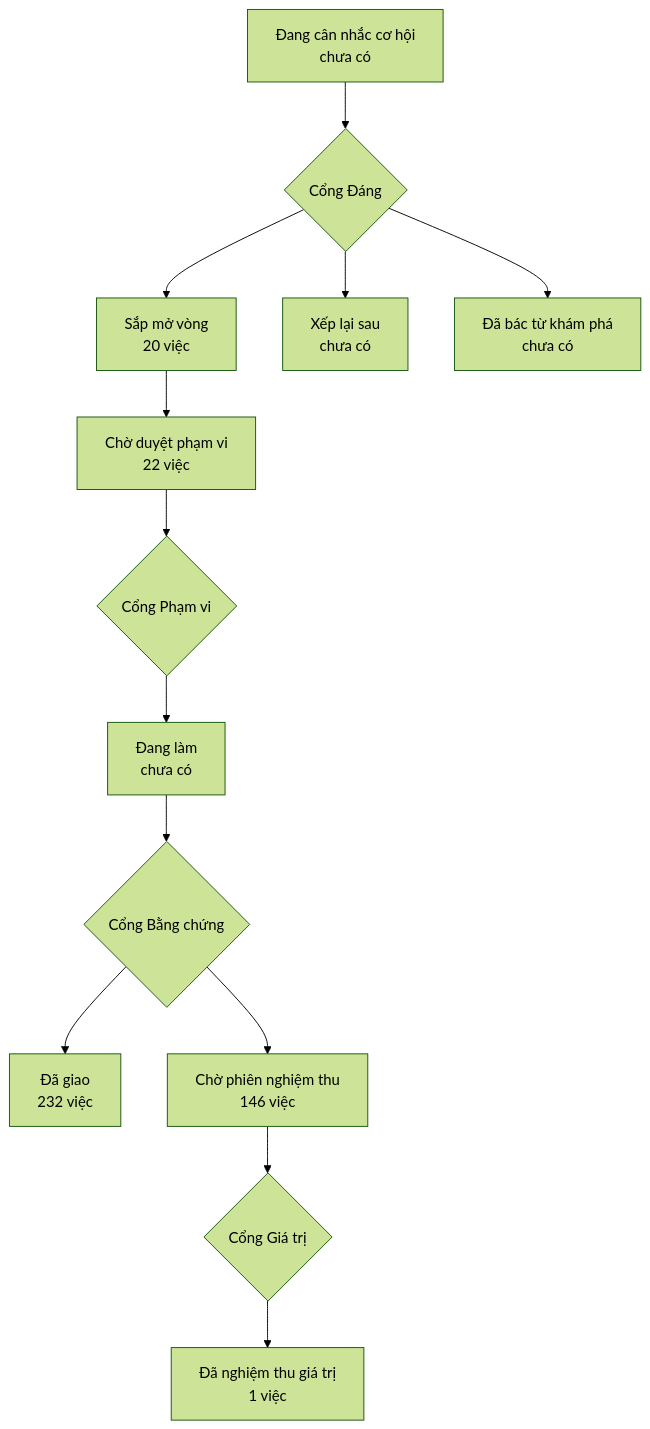
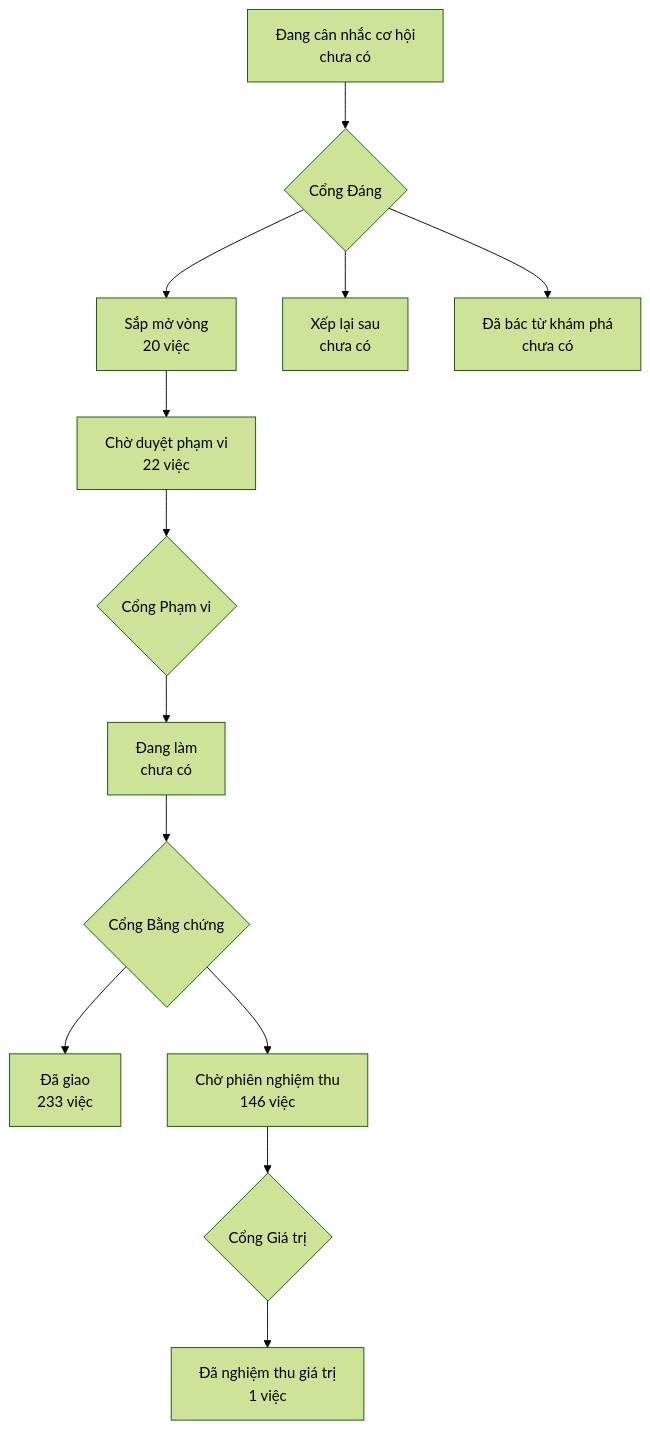
One commit to phanlemanh/onehub-invest changed the diagram in PRODUCT-MAP.md. Above: the diagram before and after it, drawn with Mermaid (forest theme). The commit also changed other lines of this file and 23 other files, not shown here.

````diff
--- a/PRODUCT-MAP.md
+++ b/PRODUCT-MAP.md
@@ -7,12 +7,12 @@
 ```mermaid
 flowchart TD
   A["Đang cân nhắc cơ hội<br/>chưa có"] --> GD{"Cổng Đáng"}
   GD --> B["Sắp mở vòng<br/>20 việc"]
   GD --> XL["Xếp lại sau<br/>chưa có"]
   GD --> DB["Đã bác từ khám phá<br/>chưa có"]
   B --> CD["Chờ duyệt phạm vi<br/>22 việc"] --> GP{"Cổng Phạm vi"}
   GP --> DL["Đang làm<br/>chưa có"] --> GB{"Cổng Bằng chứng"}
-  GB --> DG["Đã giao<br/>232 việc"]
+  GB --> DG["Đã giao<br/>233 việc"]
   GB --> CN["Chờ phiên nghiệm thu<br/>146 việc"] --> GG{"Cổng Giá trị"}
   GG --> NT["Đã nghiệm thu giá trị<br/>1 việc"]
 ```
````
